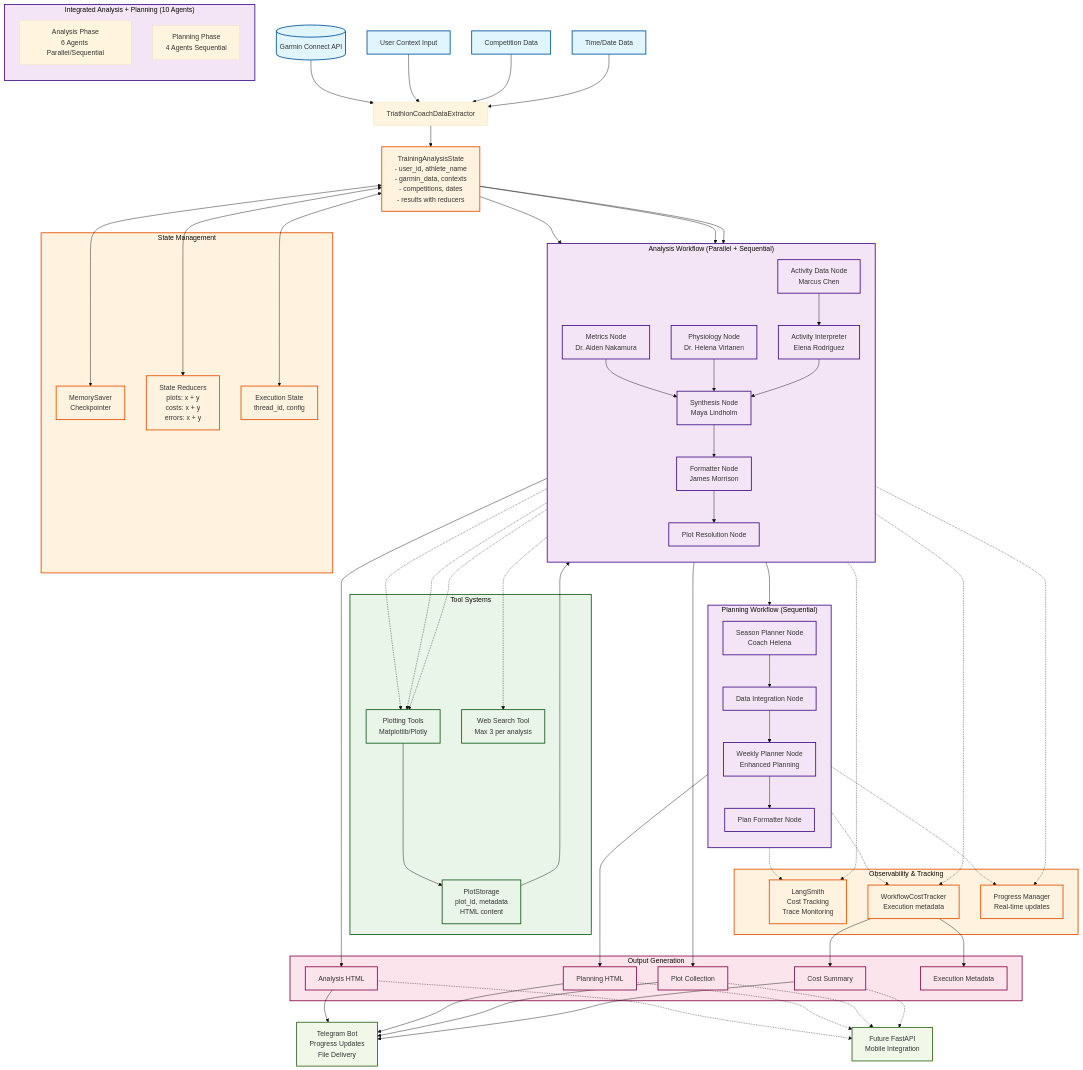
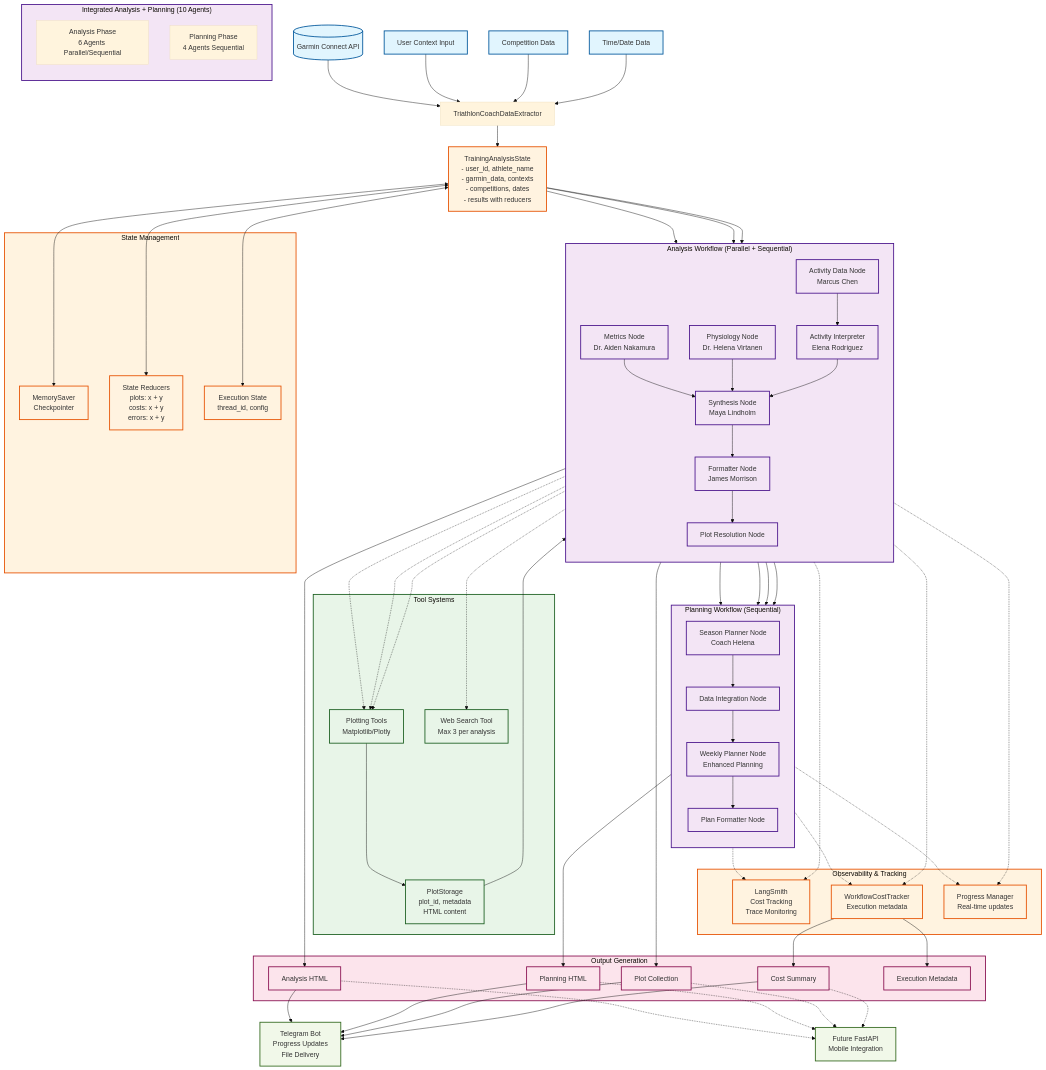
One commit to leonzzz435/garmin-ai-coach changed the diagram in agents_docs/langgraph_architecture_diagram.mmd. Above: the diagram before and after it, drawn with Mermaid (base theme).

Commit message:
updated mermaid

```diff
--- a/agents_docs/langgraph_architecture_diagram.mmd
+++ b/agents_docs/langgraph_architecture_diagram.mmd
@@ -1,159 +1,163 @@
 flowchart TD
     %% Input Data Sources
     GC[(Garmin Connect API)]
     UC[User Context Input]
     CD[Competition Data]
     TD[Time/Date Data]
 
     %% Data Extraction Layer
     TDE[TriathlonCoachDataExtractor]
 
     %% LangGraph State Management
     TAS[TrainingAnalysisState<br/>- user_id, athlete_name<br/>- garmin_data, contexts<br/>- competitions, dates<br/>- results with reducers]
 
     %% Analysis Workflow Nodes
     subgraph AW ["Analysis Workflow (Parallel + Sequential)"]
         direction TB
 
         %% Parallel Analysis Phase
         MN[Metrics Node<br/>Dr. Aiden Nakamura]
         PN[Physiology Node<br/>Dr. Helena Virtanen]
         ADN[Activity Data Node<br/>Marcus Chen]
 
         %% Sequential Processing
         AIN[Activity Interpreter<br/>Elena Rodriguez]
         SN[Synthesis Node<br/>Maya Lindholm]
         FN[Formatter Node<br/>James Morrison]
         PRN[Plot Resolution Node]
     end
 
     %% Planning Workflow Nodes
     subgraph PW ["Planning Workflow (Sequential)"]
         direction TB
         SPN[Season Planner Node<br/>Coach Helena]
         DIN[Data Integration Node]
         WPN[Weekly Planner Node<br/>Enhanced Planning]
         PFN[Plan Formatter Node]
     end
 
     %% Integrated Workflow
     subgraph IW ["Integrated Analysis + Planning (10 Agents)"]
         direction TB
         IAW[Analysis Phase<br/>6 Agents Parallel/Sequential]
         IPW[Planning Phase<br/>4 Agents Sequential]
     end
 
     %% Tool Systems
     subgraph TS ["Tool Systems"]
         PT[Plotting Tools<br/>Matplotlib/Plotly]
         PS[PlotStorage<br/>plot_id, metadata<br/>HTML content]
         WS[Web Search Tool<br/>Max 3 per analysis]
     end
 
     %% Cost & Progress Tracking
     subgraph CPT ["Observability & Tracking"]
         LS[LangSmith<br/>Cost Tracking<br/>Trace Monitoring]
         WCT[WorkflowCostTracker<br/>Execution metadata]
         PM[Progress Manager<br/>Real-time updates]
     end
 
     %% State Management & Storage
     subgraph SMS ["State Management"]
         MS[MemorySaver<br/>Checkpointer]
         SR[State Reducers<br/>plots: x + y<br/>costs: x + y<br/>errors: x + y]
         ES[Execution State<br/>thread_id, config]
     end
 
     %% Output Generation
     subgraph OG ["Output Generation"]
         AH[Analysis HTML]
         PH[Planning HTML]
         PC[Plot Collection]
         CS[Cost Summary]
         EM[Execution Metadata]
     end
 
     %% External Systems
     TB[Telegram Bot<br/>Progress Updates<br/>File Delivery]
     API[Future FastAPI<br/>Mobile Integration]
 
     %% Main Flow Connections
     GC --> TDE
     UC --> TDE
     CD --> TDE
     TD --> TDE
 
     TDE --> TAS
 
     %% Analysis Workflow Flow
     TAS --> MN
     TAS --> PN
     TAS --> ADN
 
     ADN --> AIN
     MN --> SN
     PN --> SN
     AIN --> SN
     SN --> FN
     FN --> PRN
 
     %% Planning Workflow Flow
     PRN --> SPN
     SPN --> DIN
     DIN --> WPN
+    %% Weekly planner also uses the three analysis results
+    MN --> WPN
+    AIN --> WPN
+    PN --> WPN
     WPN --> PFN
 
     %% Tool Integration
     MN -.-> PT
     PN -.-> PT
     AIN -.-> PT
     SN -.-> WS
 
     PT --> PS
     PS --> PRN
 
     %% State Management Integration
     TAS <--> MS
     TAS <--> SR
     TAS <--> ES
 
     %% Observability Integration
     AW -.-> LS
     PW -.-> LS
     AW -.-> WCT
     PW -.-> WCT
     AW -.-> PM
     PW -.-> PM
 
     %% Output Generation
     FN --> AH
     PFN --> PH
     PRN --> PC
     WCT --> CS
     WCT --> EM
 
     %% Final Delivery
     AH --> TB
     PH --> TB
     PC --> TB
     CS --> TB
 
     AH -.-> API
     PH -.-> API
     PC -.-> API
     CS -.-> API
 
     %% Styling
     classDef inputData fill:#e1f5fe,stroke:#01579b,stroke-width:2px
     classDef workflow fill:#f3e5f5,stroke:#4a148c,stroke-width:2px
     classDef tools fill:#e8f5e8,stroke:#1b5e20,stroke-width:2px
     classDef state fill:#fff3e0,stroke:#e65100,stroke-width:2px
     classDef output fill:#fce4ec,stroke:#880e4f,stroke-width:2px
     classDef external fill:#f1f8e9,stroke:#33691e,stroke-width:2px
 
     class GC,UC,CD,TD inputData
     class AW,PW,IW,MN,PN,ADN,AIN,SN,FN,PRN,SPN,DIN,WPN,PFN workflow
     class TS,PT,PS,WS tools
     class SMS,TAS,MS,SR,ES,CPT,LS,WCT,PM state
     class OG,AH,PH,PC,CS,EM output
     class TB,API external
```
